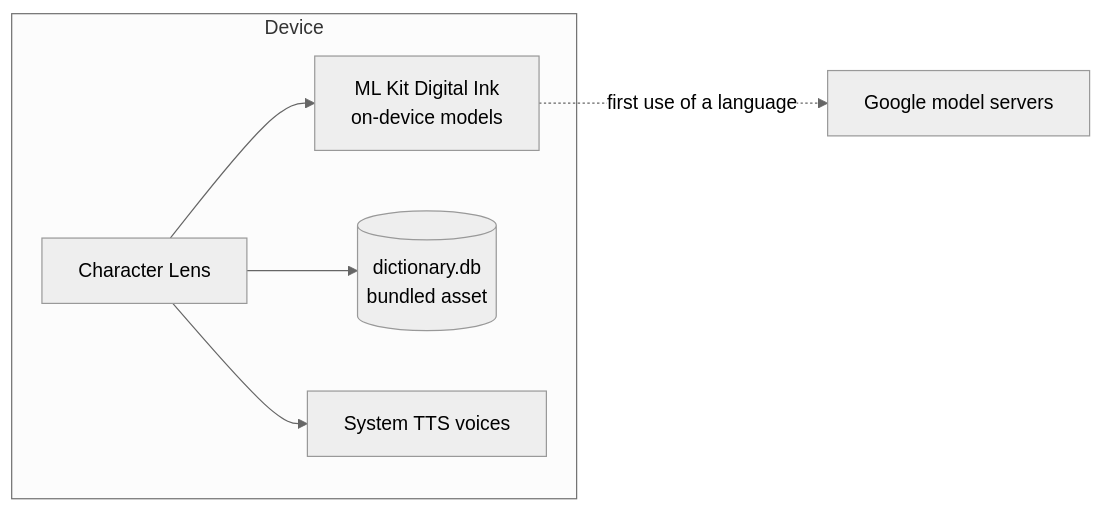
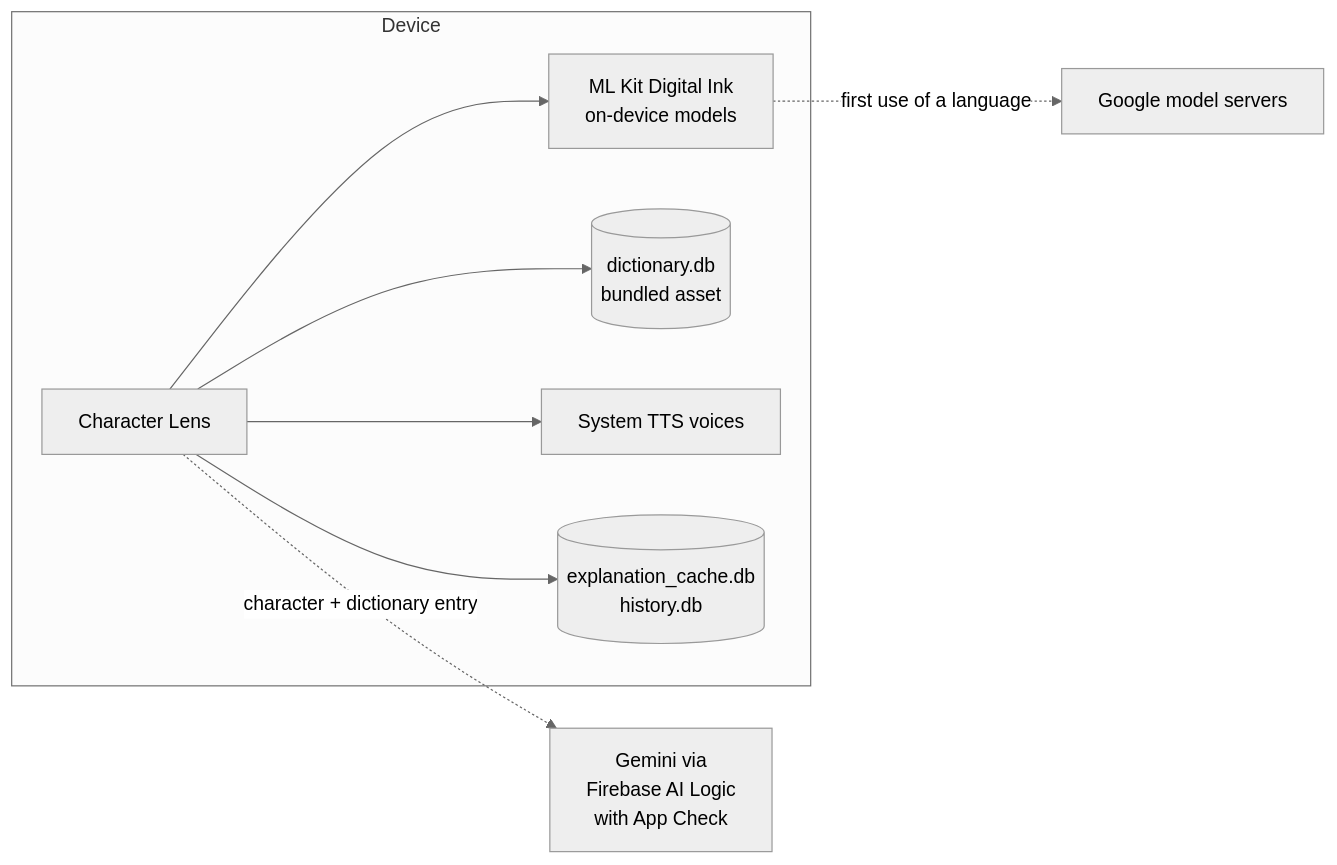
One commit to nicolinx/character-lens changed the first of 4 diagrams in README.md. Above: the diagram before and after it, drawn with Mermaid (neutral theme). The commit also changed other lines of this file and 1 other file, not shown here.

Commit message:
docs: update data flow and readme for ai and history

````diff
--- a/README.md
+++ b/README.md
@@ -44,14 +47,18 @@
 ```mermaid
 flowchart LR
   subgraph Device
     App[Character Lens]
     MLKit[ML Kit Digital Ink<br>on-device models]
     DB[(dictionary.db<br>bundled asset)]
     TTS[System TTS voices]
+    Cache[(explanation_cache.db<br>history.db)]
   end
   Google[Google model servers]
+  Gemini[Gemini via<br>Firebase AI Logic<br>with App Check]
   App --> MLKit
   App --> DB
   App --> TTS
+  App --> Cache
   MLKit -. first use of a language .-> Google
+  App -. character + dictionary entry .-> Gemini
 ```
````
